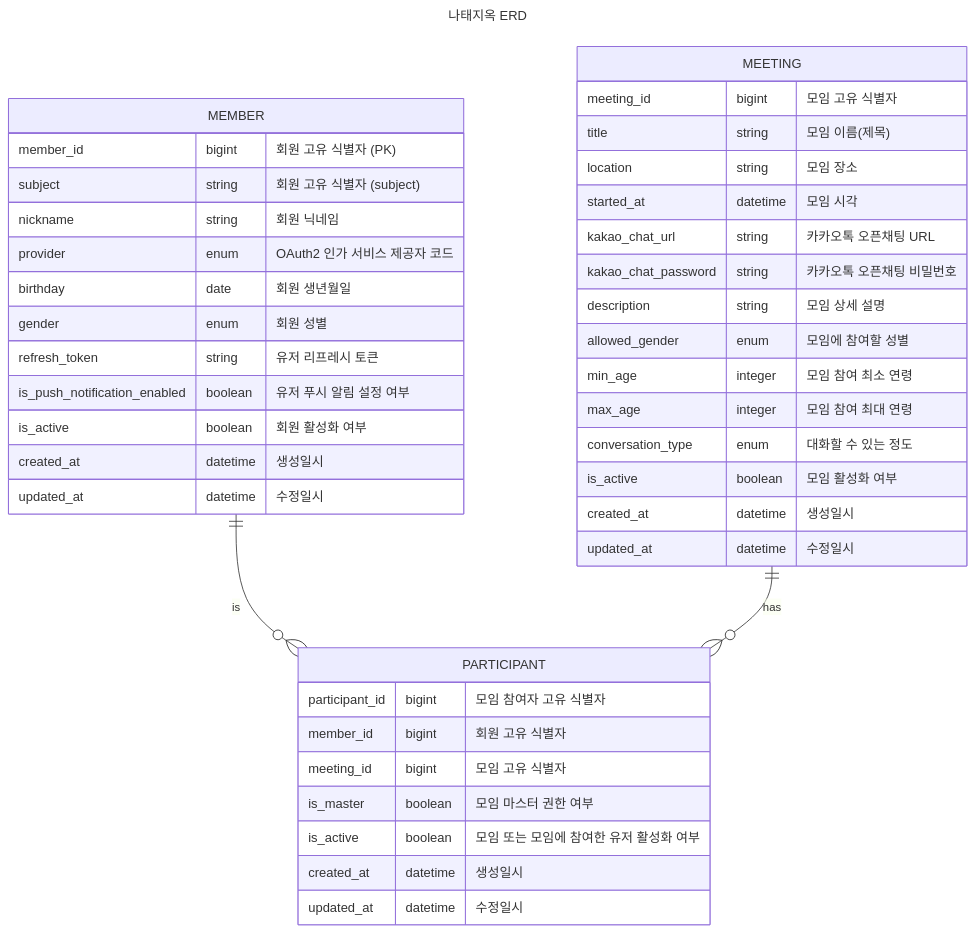
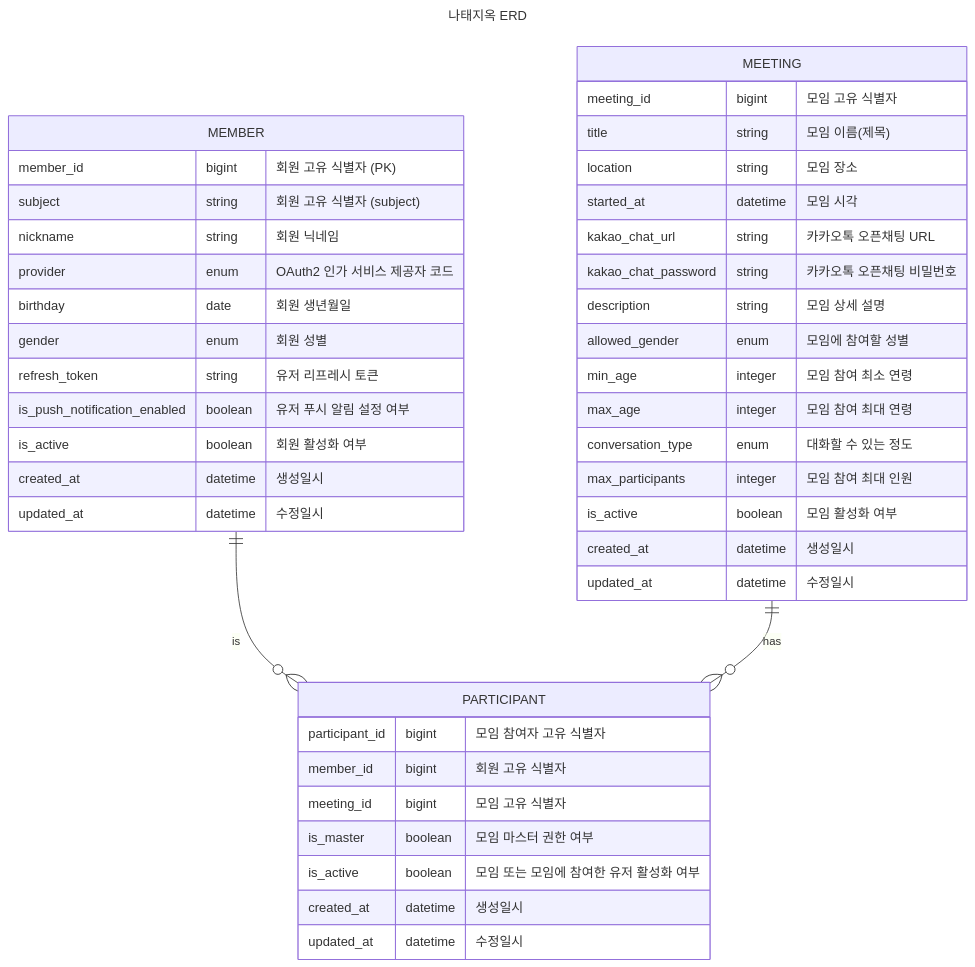
Before and after one commit to sloth-hell/sloth-hell-api: the diagram in README.md, drawn with Mermaid. The commit also changed 8 other files, not shown here.

First line of the commit message:
Add max_participants to meeting table

````diff
--- a/README.md
+++ b/README.md
@@ -5,46 +5,47 @@
 ```mermaid
 ---
 title: 나태지옥 ERD
 ---
 erDiagram
     MEMBER ||--o{ PARTICIPANT : is
     MEMBER {
         member_id bigint "회원 고유 식별자 (PK)"
         subject string "회원 고유 식별자 (subject)"
         nickname string "회원 닉네임"
         provider enum "OAuth2 인가 서비스 제공자 코드"
         birthday date "회원 생년월일"
         gender enum "회원 성별"
         refresh_token string "유저 리프레시 토큰"
         is_push_notification_enabled boolean "유저 푸시 알림 설정 여부"
         is_active boolean "회원 활성화 여부"
         created_at datetime "생성일시"
         updated_at datetime "수정일시"
     }
     MEETING ||--o{ PARTICIPANT : has
     MEETING {
         meeting_id bigint "모임 고유 식별자"
         title string "모임 이름(제목)"
         location string "모임 장소"
         started_at datetime "모임 시각"
         kakao_chat_url string "카카오톡 오픈채팅 URL"
         kakao_chat_password string "카카오톡 오픈채팅 비밀번호"
         description string "모임 상세 설명"
         allowed_gender enum "모임에 참여할 성별"
         min_age integer "모임 참여 최소 연령"
         max_age integer "모임 참여 최대 연령"
         conversation_type enum "대화할 수 있는 정도"
+        max_participants integer "모임 참여 최대 인원"
         is_active boolean "모임 활성화 여부"
         created_at datetime "생성일시"
         updated_at datetime "수정일시"
     }
     PARTICIPANT {
         participant_id bigint "모임 참여자 고유 식별자"
         member_id bigint "회원 고유 식별자"
         meeting_id bigint "모임 고유 식별자"
         is_master boolean "모임 마스터 권한 여부"
         is_active boolean "모임 또는 모임에 참여한 유저 활성화 여부"
         created_at datetime "생성일시"
         updated_at datetime "수정일시"
     }
 ```
````
